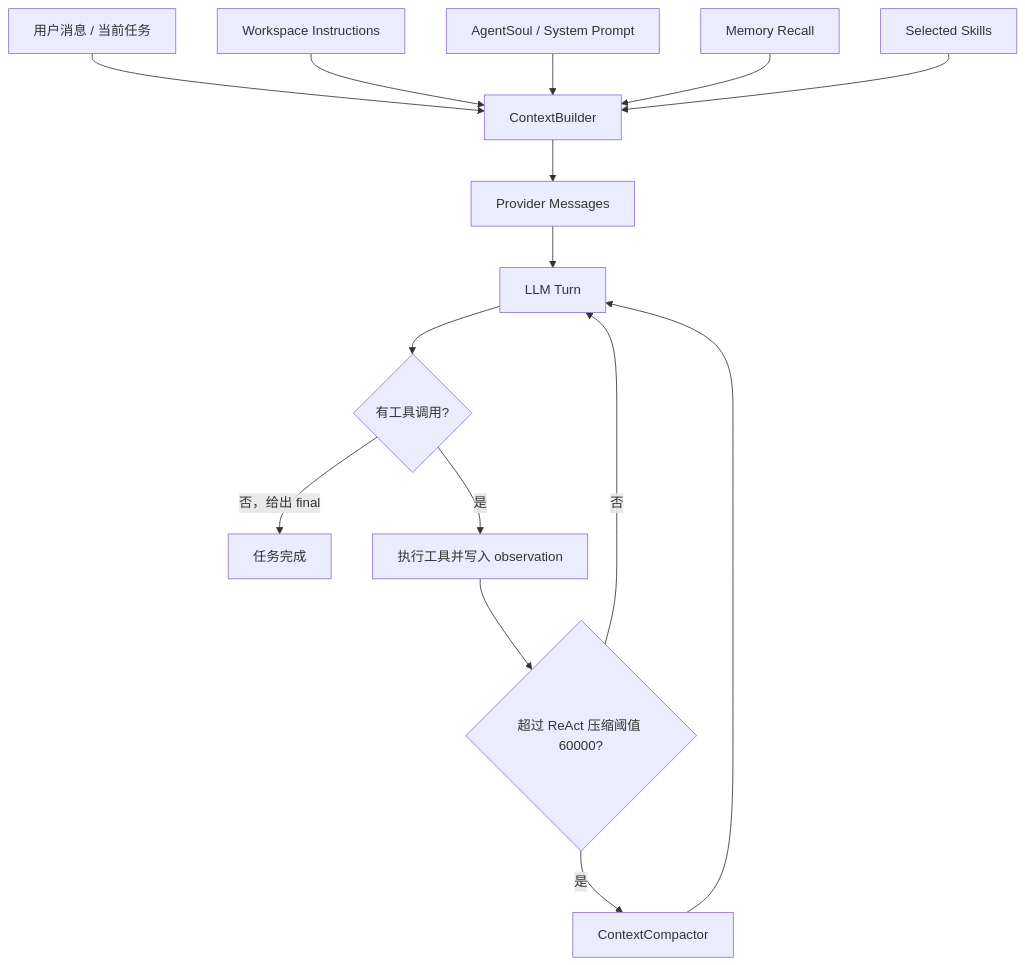
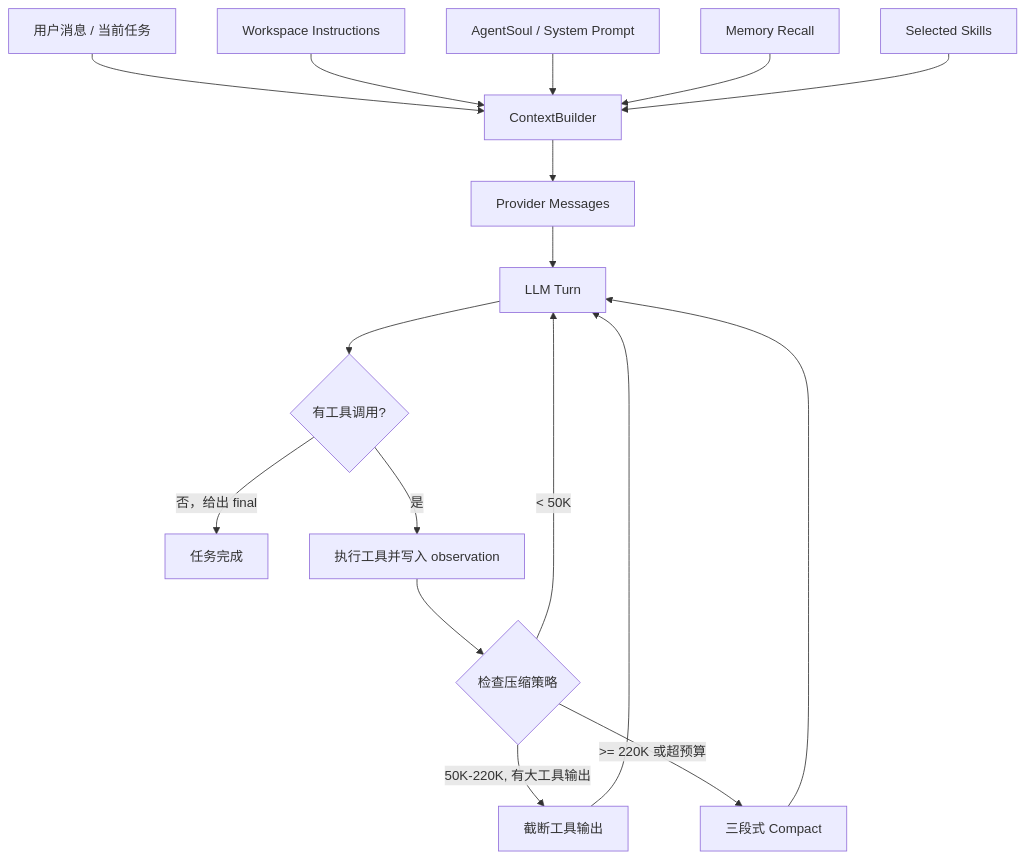
Before and after one commit to sunhy339/yuanbao_agent: the fourth of 12 diagrams in docs/YUANBAO_AGENT_DOCS_CONSOLIDATED.md, drawn with Mermaid. The commit also changed other lines of this file and 3 other files, not shown here.

````diff
--- a/docs/YUANBAO_AGENT_DOCS_CONSOLIDATED.md
+++ b/docs/YUANBAO_AGENT_DOCS_CONSOLIDATED.md
@@ -268,17 +284,19 @@
 ```mermaid
 flowchart TD
   A["用户消息 / 当前任务"] --> B["ContextBuilder"]
   W["Workspace Instructions"] --> B
   S["AgentSoul / System Prompt"] --> B
   M["Memory Recall"] --> B
   SK["Selected Skills"] --> B
   B --> C["Provider Messages"]
   C --> D["LLM Turn"]
   D --> E{"有工具调用?"}
   E -->|否，给出 final| F["任务完成"]
   E -->|是| G["执行工具并写入 observation"]
-  G --> H{"超过 ReAct 压缩阈值 60000?"}
-  H -->|是| I["ContextCompactor"]
-  H -->|否| D
+  G --> H{"检查压缩策略"}
+  H -->|"< 50K"| D
+  H -->|"50K-220K, 有大工具输出"| J["截断工具输出"]
+  H -->|">= 220K 或超预算"| I["三段式 Compact"]
+  J --> D
   I --> D
 ```
````
